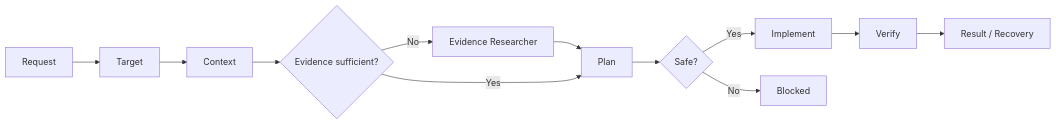
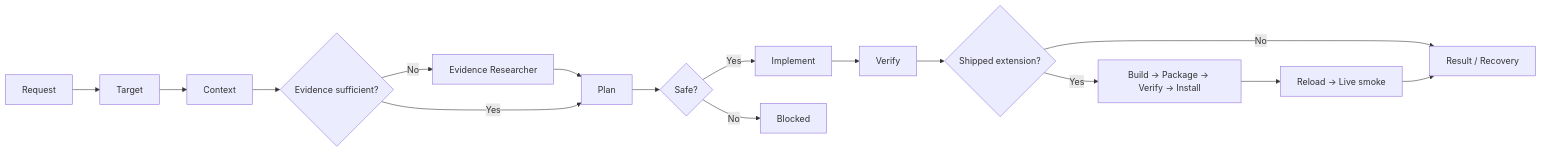
Before and after one commit to hesam-hakimi/usefull_prompt: the diagram in README.md, drawn with Mermaid. The commit also changed other lines of this file, not shown here.

Commit message:
Document automatic shipped-extension delivery workflow

````diff
--- a/README.md
+++ b/README.md
@@ -16,14 +17,18 @@
 ```mermaid
 flowchart LR
     A["Request"] --> B["Target"]
     B --> C["Context"]
     C --> D{"Evidence sufficient?"}
     D -->|No| E["Evidence Researcher"]
     E --> F["Plan"]
     D -->|Yes| F
     F --> G{"Safe?"}
     G -->|Yes| H["Implement"]
     G -->|No| X["Blocked"]
     H --> I["Verify"]
-    I --> J["Result / Recovery"]
+    I --> J{"Shipped extension?"}
+    J -->|No| K["Result / Recovery"]
+    J -->|Yes| L["Build → Package → Verify → Install"]
+    L --> M["Reload → Live smoke"]
+    M --> K
 ```
````
